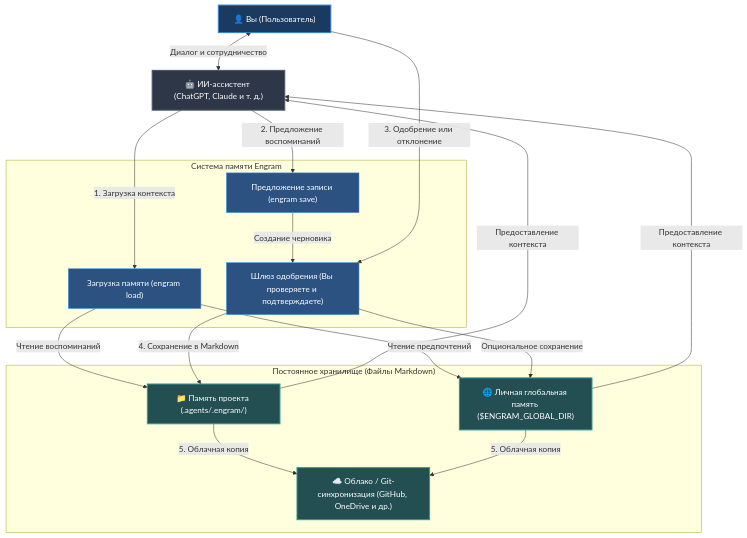
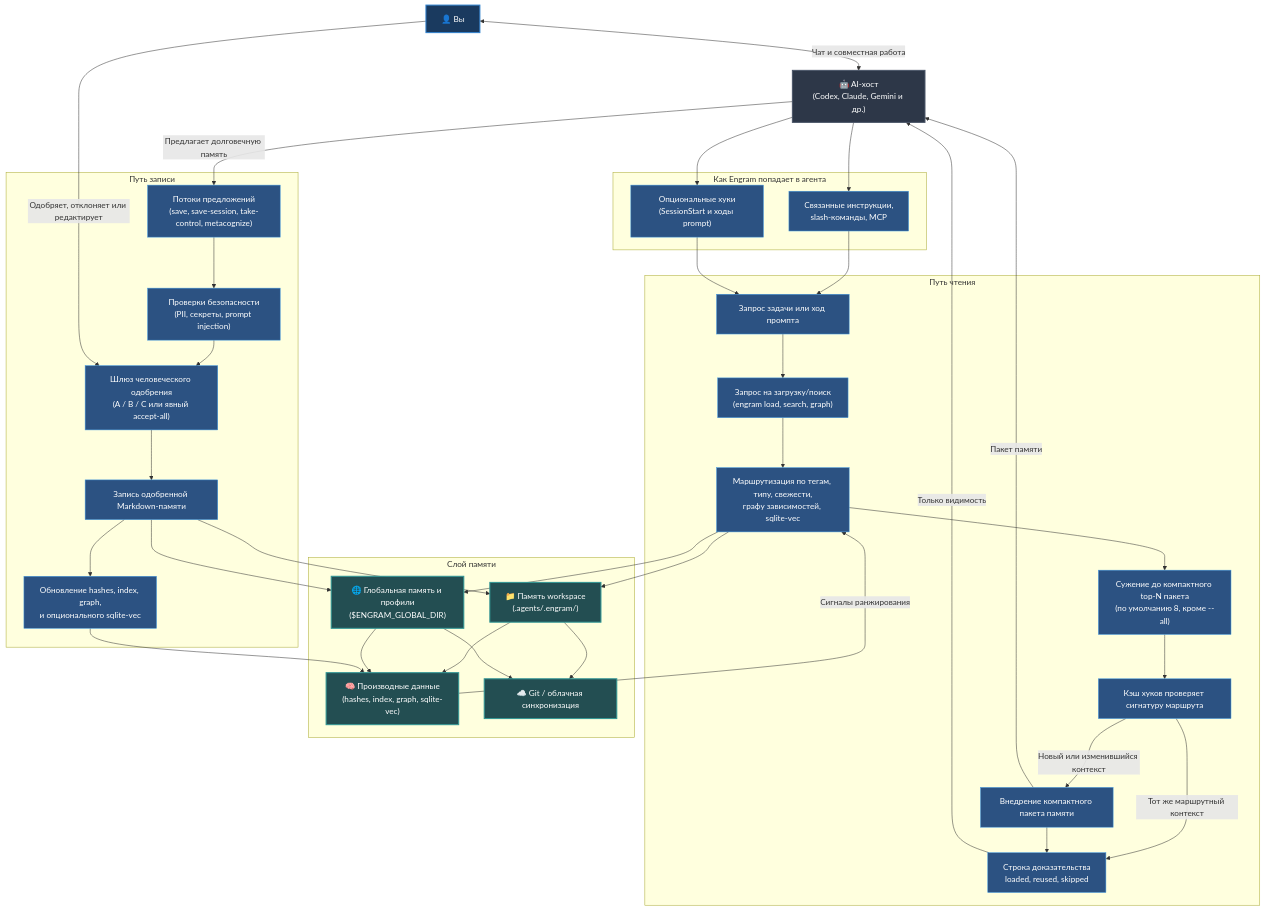
The diagram in documentation/ru/README.md (the-long-ride/engram), drawn with Mermaid before and after one commit. The commit also changed other lines of this file and 19 other files, not shown here.

Commit message:
docs: refresh proof and architecture docs

````diff
--- a/documentation/ru/README.md
+++ b/documentation/ru/README.md
@@ -27,39 +27,71 @@
 ```mermaid
 graph TD
-    %% Styling
-    classDef default fill:#111,stroke:#333,stroke-width:1px,color:#fff;
     classDef human fill:#1a3a5f,stroke:#3182ce,stroke-width:2px,color:#fff;
     classDef agent fill:#2d3748,stroke:#4a5568,stroke-width:2px,color:#fff;
     classDef storage fill:#234e52,stroke:#319795,stroke-width:2px,color:#fff;
     classDef action fill:#2c5282,stroke:#4299e1,stroke-width:1px,color:#fff;
 
-    User["👤 Вы (Пользователь)"]:::human
-    AI["🤖 ИИ-ассистент (ChatGPT, Claude и т. д.)"]:::agent
+    User["👤 Вы"]:::human
+    AI["🤖 AI-хост\n(Codex, Claude, Gemini и др.)"]:::agent
 
-    subgraph Engram ["Система памяти Engram"]
-        Load["Загрузка памяти (engram load)"]:::action
-        Propose["Предложение записи (engram save)"]:::action
-        Review["Шлюз одобрения (Вы проверяете и подтверждаете)"]:::action
+    subgraph Entry ["Как Engram попадает в агента"]
+        Links["Связанные инструкции,\nslash-команды, MCP"]:::action
+        Hooks["Опциональные хуки\n(SessionStart и ходы prompt)"]:::action
     end
 
-    subgraph Storage ["Постоянное хранилище (Файлы Markdown)"]
-        LocalStore["📁 Память проекта (.agents/.engram/)"]:::storage
-        GlobalStore["🌐 Личная глобальная память ($ENGRAM_GLOBAL_DIR)"]:::storage
-        SyncStore["☁️ Облако / Git-синхронизация (GitHub, OneDrive и др.)"]:::storage
+    subgraph Read ["Путь чтения"]
+        Trigger["Запрос задачи или ход промпта"]:::action
+        Load["Запрос на загрузку/поиск\n(engram load, search, graph)"]:::action
+        Route["Маршрутизация по тегам, типу, свежести,\nграфу зависимостей, sqlite-vec"]:::action
+        Refine["Сужение до компактного top-N пакета\n(по умолчанию 8, кроме --all)"]:::action
+        Cache["Кэш хуков проверяет сигнатуру маршрута"]:::action
+        Inject["Внедрение компактного пакета памяти"]:::action
+        Proof["Строка доказательства\nloaded, reused, skipped"]:::action
     end
 
-    %% Interactions
-    User <-->|Диалог и сотрудничество| AI
-    AI -->|1. Загрузка контекста| Load
-    Load -->|Чтение воспоминаний| LocalStore
-    Load -->|Чтение предпочтений| GlobalStore
-    LocalStore & GlobalStore -->|Предоставление контекста| AI
+    subgraph Write ["Путь записи"]
+        Proposal["Потоки предложений\n(save, save-session, take-control, metacognize)"]:::action
+        Scan["Проверки безопасности\n(PII, секреты, prompt injection)"]:::action
+        Review["Шлюз человеческого одобрения\n(A / B / C или явный accept-all)"]:::action
+        Persist["Запись одобренной Markdown-памяти"]:::action
+        Rebuild["Обновление hashes, index, graph,\nи опционального sqlite-vec"]:::action
+    end
 
-    AI -->|2. Предложение воспоминаний| Propose
-    Propose -->|Создание черновика| Review
-    User -->|3. Одобрение или отклонение| Review
-    Review -->|4. Сохранение в Markdown| LocalStore
-    Review -->|Опциональное сохранение| GlobalStore
-    LocalStore -->|5. Облачная копия| SyncStore
-    GlobalStore -->|5. Облачная копия| SyncStore
+    subgraph Memory ["Слой памяти"]
+        Workspace["📁 Память workspace\n(.agents/.engram/)"]:::storage
+        Global["🌐 Глобальная память и профили\n($ENGRAM_GLOBAL_DIR)"]:::storage
+        Derived["🧠 Производные данные\n(hashes, index, graph, sqlite-vec)"]:::storage
+        Sync["☁️ Git / облачная синхронизация"]:::storage
+    end
+
+    User <-->|Чат и совместная работа| AI
+    AI --> Links
+    AI --> Hooks
+    Links --> Trigger
+    Hooks --> Trigger
+    Trigger --> Load
+    Load --> Route
+    Route --> Workspace
+    Route --> Global
+    Workspace --> Derived
+    Global --> Derived
+    Derived -->|Сигналы ранжирования| Route
+    Route --> Refine
+    Refine --> Cache
+    Cache -->|Новый или изменившийся контекст| Inject
+    Cache -->|Тот же маршрутный контекст| Proof
+    Inject -->|Пакет памяти| AI
+    Inject --> Proof
+    Proof -->|Только видимость| AI
+    AI -->|Предлагает долговечную память| Proposal
+    Proposal --> Scan
+    Scan --> Review
+    User -->|Одобряет, отклоняет или редактирует| Review
+    Review --> Persist
+    Persist --> Workspace
+    Persist --> Global
+    Persist --> Rebuild
+    Rebuild --> Derived
+    Workspace --> Sync
+    Global --> Sync
 ```
````
